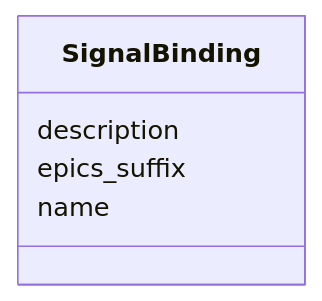
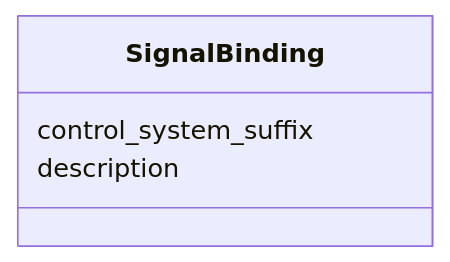
Before and after one commit to pals-project/pals-facility-config: the diagram in docs_narad/SignalBinding.md, drawn with Mermaid. The commit also changed other lines of this file and 235 other files, not shown here.

Commit message:
aligned schema to SOSA SNN, gen-project gendocs and validate all work

````diff
--- a/docs_narad/SignalBinding.md
+++ b/docs_narad/SignalBinding.md
@@ -18,12 +18,10 @@
 ```mermaid
  classDiagram
     class SignalBinding
     click SignalBinding href "../SignalBinding/"
+      SignalBinding : control_system_suffix
+        
       SignalBinding : description
-        
-      SignalBinding : epics_suffix
-        
-      SignalBinding : name
         
       
 ```
````
